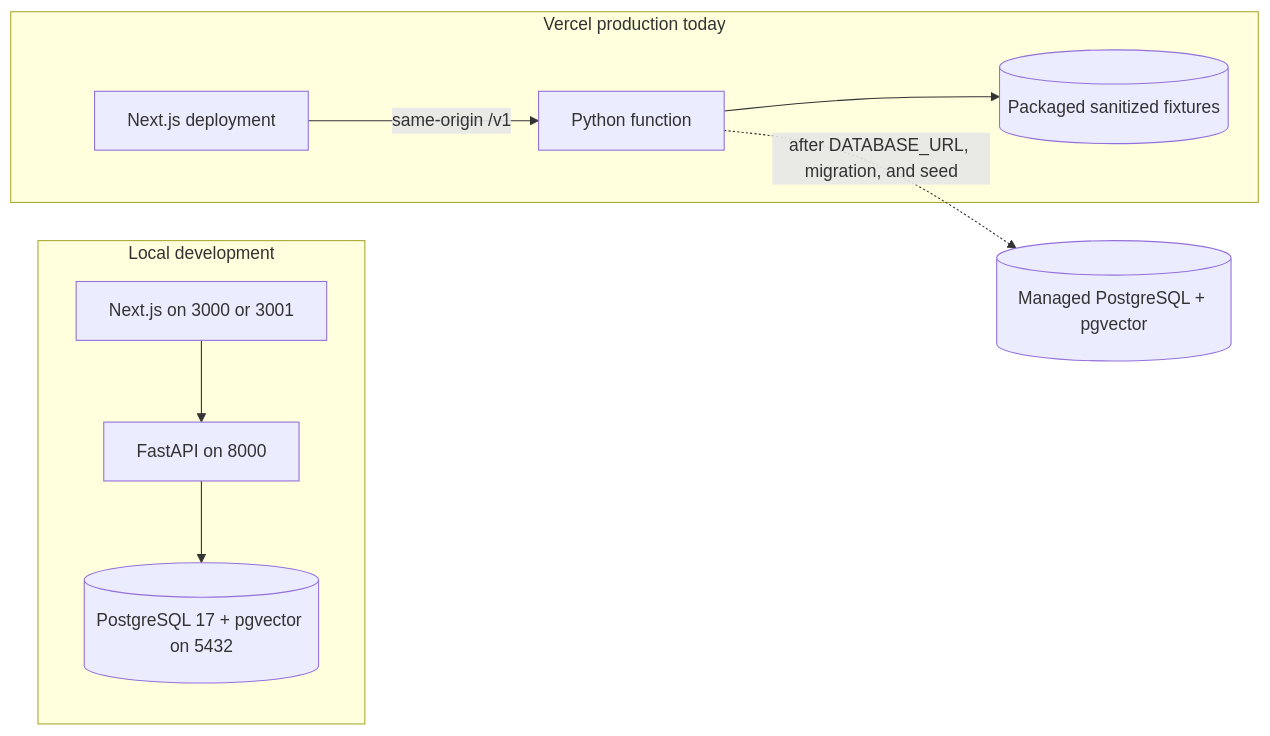
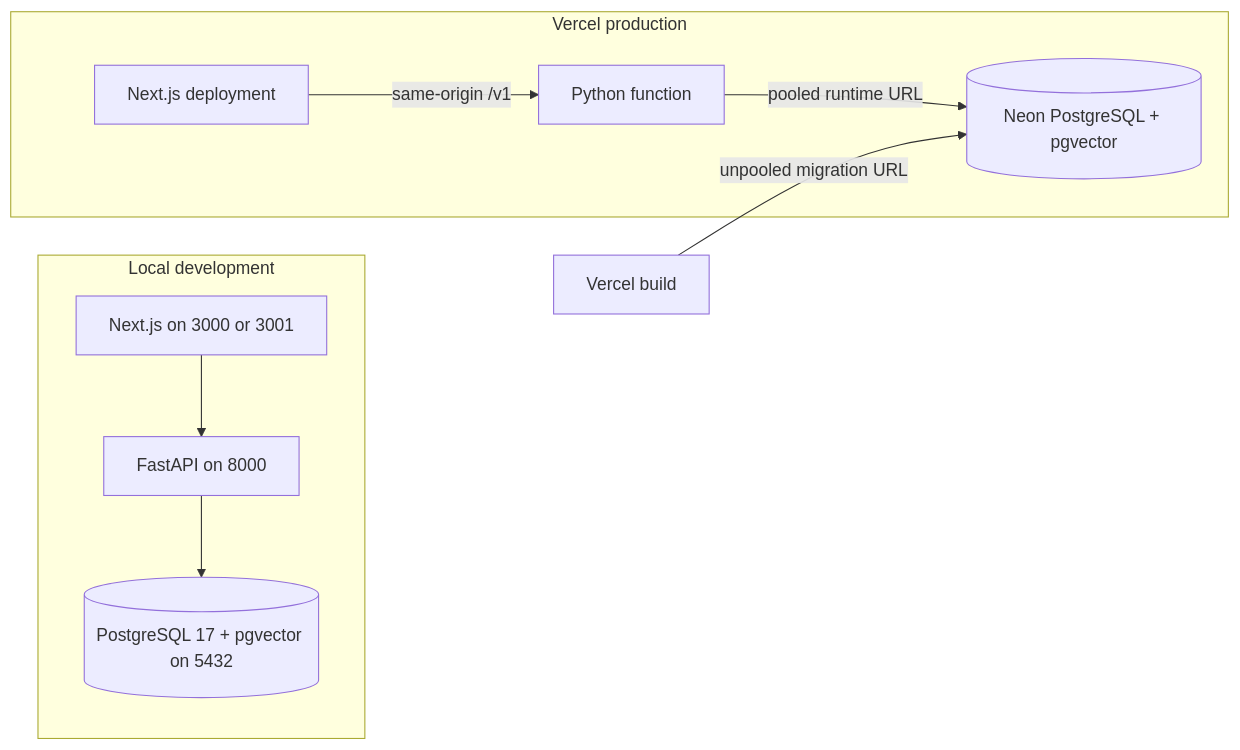
Before and after one commit to tjfalcon/rolesignal: the fourth of 4 diagrams in docs/ARCHITECTURE.md, drawn with Mermaid. The commit also changed other lines of this file and 17 other files, not shown here.

````diff
--- a/docs/ARCHITECTURE.md
+++ b/docs/ARCHITECTURE.md
@@ -101,21 +115,19 @@
 ```mermaid
 flowchart LR
   subgraph Local[Local development]
     LocalWeb[Next.js on 3000 or 3001]
     LocalAPI[FastAPI on 8000]
     LocalDB[(PostgreSQL 17 + pgvector on 5432)]
     LocalWeb --> LocalAPI
     LocalAPI --> LocalDB
   end
 
-  subgraph Production[Vercel production today]
+  subgraph Production[Vercel production]
     VercelWeb[Next.js deployment]
     VercelAPI[Python function]
-    Fixtures[(Packaged sanitized fixtures)]
+    Neon[(Neon PostgreSQL + pgvector)]
     VercelWeb -->|same-origin /v1| VercelAPI
-    VercelAPI --> Fixtures
+    VercelAPI -->|pooled runtime URL| Neon
   end
-
-  FutureDB[(Managed PostgreSQL + pgvector)]
-  VercelAPI -. after DATABASE_URL, migration, and seed .-> FutureDB
+  VercelBuild[Vercel build] -->|unpooled migration URL| Neon
 ```
````
